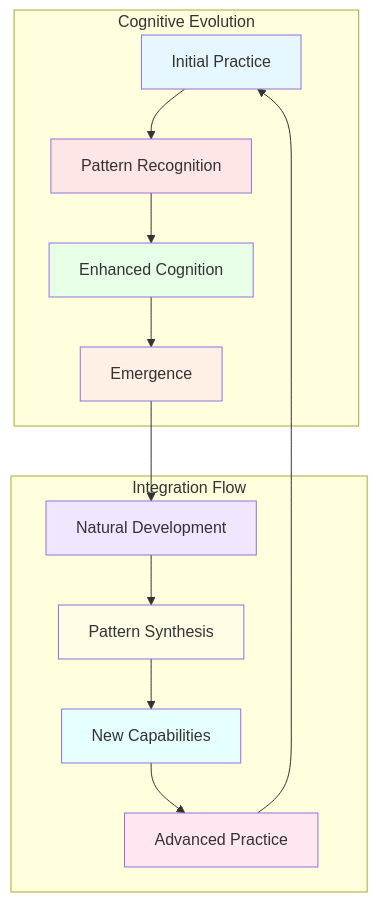
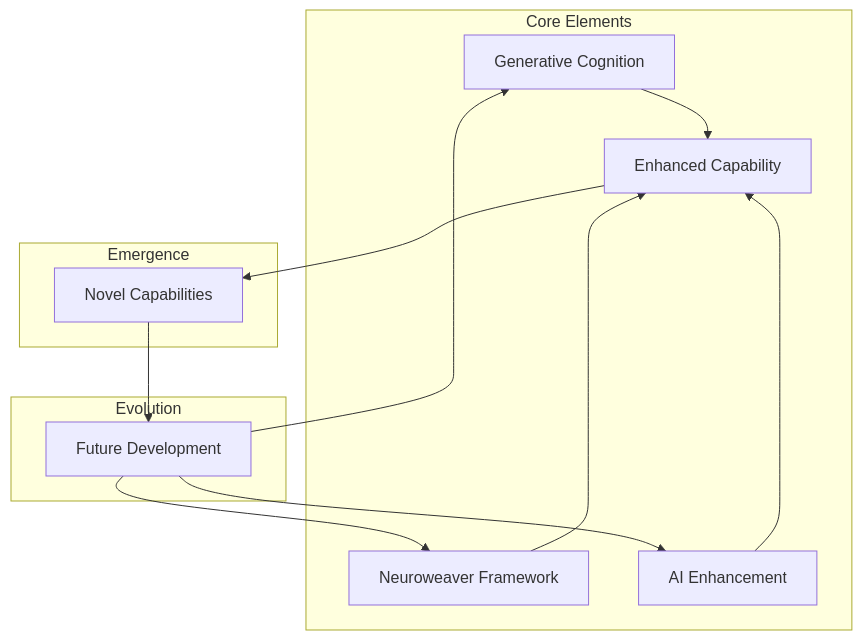
The eighth of 8 diagrams in README.md (phillipclapham/neuroweaver), drawn with Mermaid before and after one commit. The commit also changed other lines of this file, not shown here.

````diff
--- a/README.md
+++ b/README.md
@@ -966,26 +1452,19 @@
 ```mermaid
 graph TD
-    subgraph Cognitive Evolution
-        N1[Initial Practice] --> N2[Pattern Recognition]
-        N2 --> N3[Enhanced Cognition]
-        N3 --> N4[Emergence]
+    subgraph Core Elements
+    GCF[Generative Cognition] --> E[Enhanced Capability]
+    NCF[Neuroweaver Framework] --> E
+    AI[AI Enhancement] --> E
     end
     
-    subgraph Integration Flow
-        I1[Natural Development] --> I2[Pattern Synthesis]
-        I2 --> I3[New Capabilities]
-        I3 --> I4[Advanced Practice]
+    subgraph Emergence
+    E --> N[Novel Capabilities]
     end
     
-    N4 --> I1
-    I4 --> N1
-    
-    style N1 fill:#e6f7ff
-    style N2 fill:#ffe6e6
-    style N3 fill:#e6ffe6
-    style N4 fill:#fff0e6
-    style I1 fill:#f0e6ff
-    style I2 fill:#fffde6
-    style I3 fill:#e6ffff
-    style I4 fill:#ffe6f0
+    subgraph Evolution
+    N --> F[Future Development]
+    F --> GCF
+    F --> NCF
+    F --> AI
+    end
 ```
````
